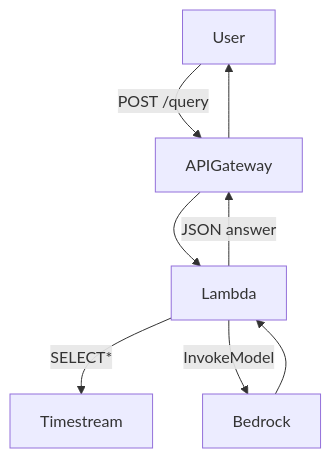
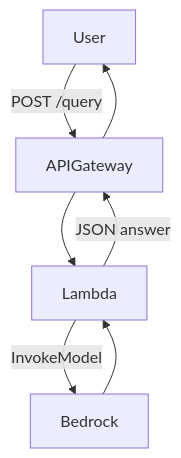
Before and after one commit to binodthapachhetry/time-series-llm: the diagram in docs/architecture.mmd, drawn with Mermaid.

```diff
--- a/docs/architecture.mmd
+++ b/docs/architecture.mmd
@@ -1,8 +1,7 @@
 graph TD
     User -->|POST /query| APIGateway
     APIGateway --> Lambda
-    Lambda -->|SELECT*| Timestream
     Lambda -->|InvokeModel| Bedrock
     Bedrock --> Lambda
     Lambda -->|JSON answer| APIGateway
     APIGateway --> User
```
